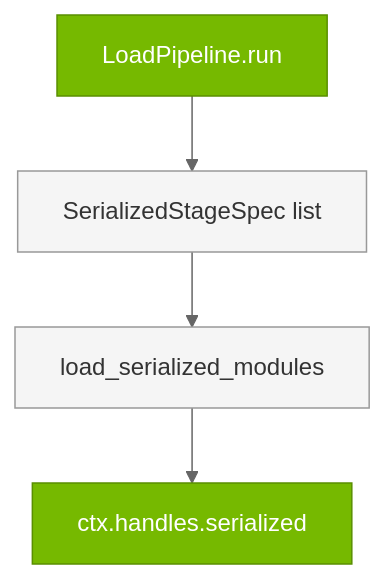
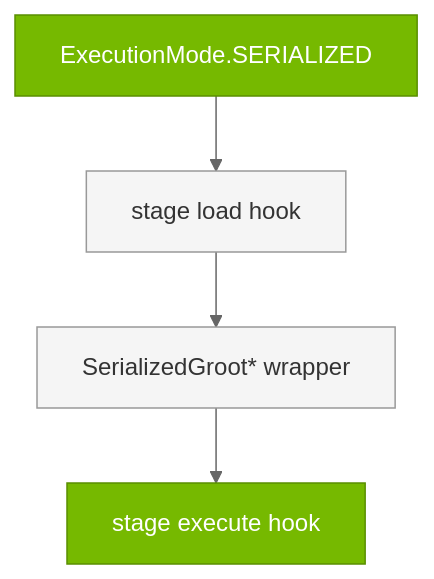
Before and after one commit to micwill755/TRT-VLA-Lowering: the diagram in docs/source/developer_guide/architecture/load-pipeline.rst, drawn with Mermaid. The commit also changed other lines of this file and 98 other files, not shown here.

```diff
--- a/docs/source/developer_guide/architecture/load-pipeline.rst
+++ b/docs/source/developer_guide/architecture/load-pipeline.rst
@@ -11,16 +11,16 @@
 .. mermaid::
 
    %%{init: {'theme':'neutral', 'themeVariables': {'primaryColor':'#76B900','primaryTextColor':'#fff','primaryBorderColor':'#5a8f00','lineColor':'#666','edgeLabelBackground':'#ffffff','labelTextColor':'#000','clusterBkg':'#ffffff','clusterBorder':'#999'}}}%%
    graph TB
-       START[LoadPipeline.run]
-       SPECS[SerializedStageSpec list]
-       LOAD[load_serialized_modules]
-       HANDLES[ctx.handles.serialized]
+       MODE[ExecutionMode.SERIALIZED]
+       LOAD[stage load hook]
+       WRAP[SerializedGroot* wrapper]
+       EXEC[stage execute hook]
 
-       START --> SPECS --> LOAD --> HANDLES
+       MODE --> LOAD --> WRAP --> EXEC
 
        classDef nvNode fill:#76B900,stroke:#5a8f00,stroke-width:1px,color:#fff
        classDef greyNode fill:#f5f5f5,stroke:#999,stroke-width:1px,color:#333
 
-       class START,HANDLES nvNode
-       class SPECS,LOAD greyNode
+       class MODE,EXEC nvNode
+       class LOAD,WRAP greyNode
```
